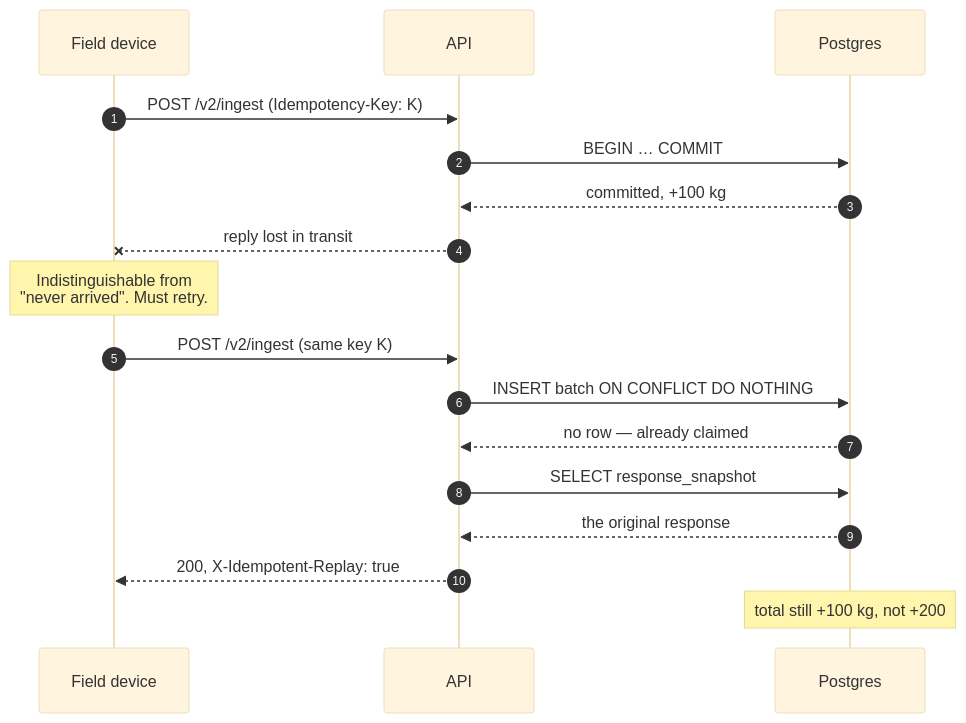
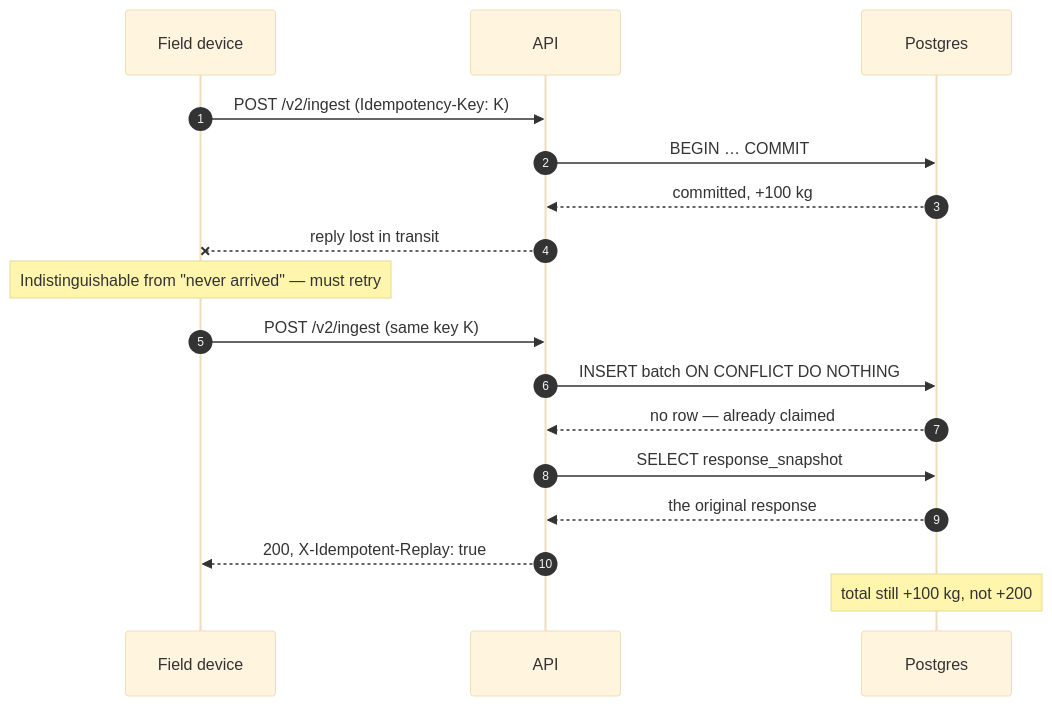
Before and after one commit to luigiv12/hw-project: the second of 3 diagrams in ARCHITECTURE.md, drawn with Mermaid (base theme). The commit also changed other lines of this file, not shown here.

First line of the commit message:
Remove HTML markup from mermaid labels

````diff
--- a/ARCHITECTURE.md
+++ b/ARCHITECTURE.md
@@ -93,23 +93,23 @@
 ```mermaid
 sequenceDiagram
     autonumber
     participant D as Field device
     participant A as API
     participant P as Postgres
 
     D->>A: POST /v2/ingest (Idempotency-Key: K)
     A->>P: BEGIN … COMMIT
     P-->>A: committed, +100 kg
     A--xD: reply lost in transit
 
-    Note over D: Indistinguishable from<br/>"never arrived". Must retry.
+    Note over D: Indistinguishable from "never arrived" — must retry
 
     D->>A: POST /v2/ingest (same key K)
     A->>P: INSERT batch ON CONFLICT DO NOTHING
     P-->>A: no row — already claimed
     A->>P: SELECT response_snapshot
     P-->>A: the original response
     A-->>D: 200, X-Idempotent-Replay: true
 
     Note over P: total still +100 kg, not +200
 ```
````
